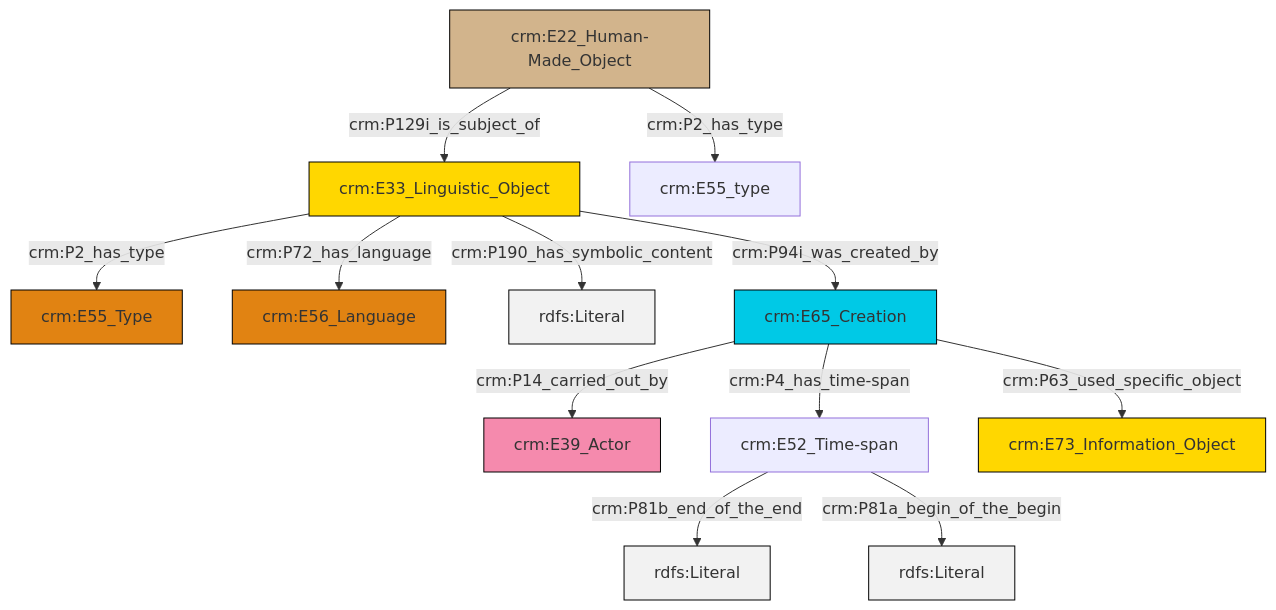
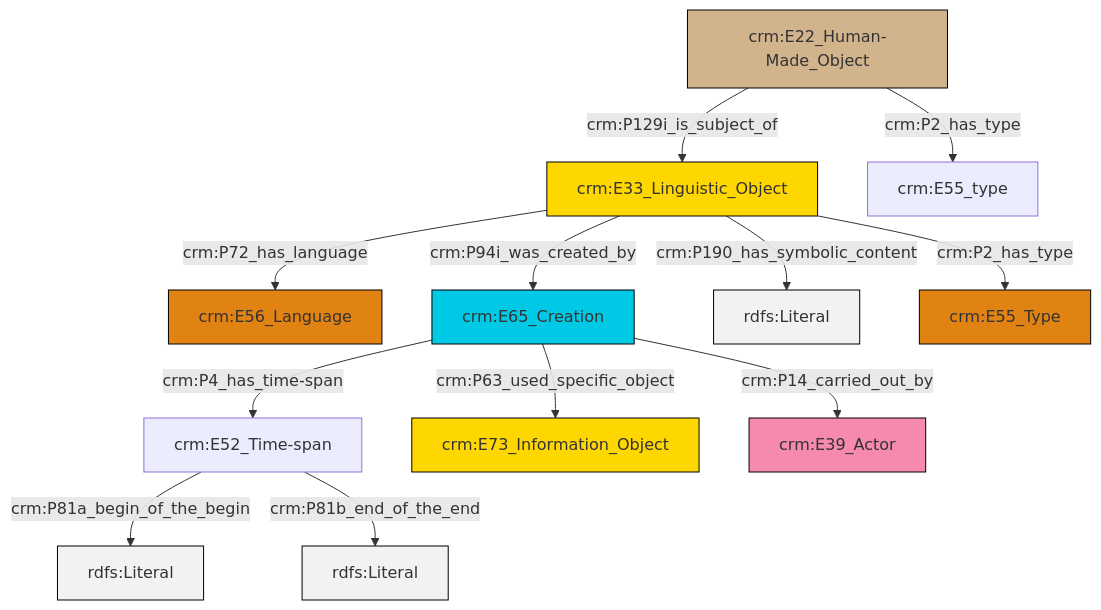
One commit to swiss-art-research-net/docs.swissartresearch changed the diagram in et/builtWorkCSV/ttl/mmd/Built_Work_description.ttl.mmd. Above: the diagram before and after it, drawn with Mermaid. The commit also changed 177 other files, not shown here.

```diff
--- a/et/builtWorkCSV/ttl/mmd/Built_Work_description.ttl.mmd
+++ b/et/builtWorkCSV/ttl/mmd/Built_Work_description.ttl.mmd
@@ -1,26 +1,26 @@
 graph TD
 classDef Literal fill:#f2f2f2,stroke:#000000;
 classDef CRM_Entity fill:#FFFFFF,stroke:#000000;
 classDef Temporal_Entity fill:#00C9E6, stroke:#000000;
 classDef Type fill:#E18312, stroke:#000000;
 classDef Time-Span fill:#2C9C91, stroke:#000000;
 classDef Appellation fill:#FFEB7F, stroke:#000000;
 classDef Place fill:#008836, stroke:#000000;
 classDef Persistent_Item fill:#B266B2, stroke:#000000;
 classDef Conceptual_Object fill:#FFD700, stroke:#000000;
 classDef Physical_Thing fill:#D2B48C, stroke:#000000;
 classDef Actor fill:#f58aad, stroke:#000000;
 classDef PC_Classes fill:#4ce600, stroke:#000000;
 classDef Multi fill:#cccccc,stroke:#000000;
 
-0["crm:E33_Linguistic_Object"]:::Conceptual_Object -->|crm:P2_has_type| 1["crm:E55_Type"]:::Type
-7["crm:E22_Human-Made_Object"]:::Physical_Thing -->|crm:P129i_is_subject_of| 0["crm:E33_Linguistic_Object"]:::Conceptual_Object
-8["crm:E52_Time-span"]:::Default -->|crm:P81b_end_of_the_end| 9[rdfs:Literal]:::Literal
-8["crm:E52_Time-span"]:::Default -->|crm:P81a_begin_of_the_begin| 11[rdfs:Literal]:::Literal
-0["crm:E33_Linguistic_Object"]:::Conceptual_Object -->|crm:P190_has_symbolic_content| 12[rdfs:Literal]:::Literal
-13["crm:E65_Creation"]:::Temporal_Entity -->|crm:P63_used_specific_object| 14["crm:E73_Information_Object"]:::Conceptual_Object
-13["crm:E65_Creation"]:::Temporal_Entity -->|crm:P14_carried_out_by| 2["crm:E39_Actor"]:::Actor
-7["crm:E22_Human-Made_Object"]:::Physical_Thing -->|crm:P2_has_type| 15["crm:E55_type"]:::Default
-0["crm:E33_Linguistic_Object"]:::Conceptual_Object -->|crm:P94i_was_created_by| 13["crm:E65_Creation"]:::Temporal_Entity
-13["crm:E65_Creation"]:::Temporal_Entity -->|crm:P4_has_time-span| 8["crm:E52_Time-span"]:::Default
-0["crm:E33_Linguistic_Object"]:::Conceptual_Object -->|crm:P72_has_language| 5["crm:E56_Language"]:::Type
+0["crm:E52_Time-span"]:::Default -->|crm:P81a_begin_of_the_begin| 1[rdfs:Literal]:::Literal
+2["crm:E22_Human-Made_Object"]:::Physical_Thing -->|crm:P129i_is_subject_of| 3["crm:E33_Linguistic_Object"]:::Conceptual_Object
+8["crm:E65_Creation"]:::Temporal_Entity -->|crm:P4_has_time-span| 0["crm:E52_Time-span"]:::Default
+3["crm:E33_Linguistic_Object"]:::Conceptual_Object -->|crm:P72_has_language| 4["crm:E56_Language"]:::Type
+2["crm:E22_Human-Made_Object"]:::Physical_Thing -->|crm:P2_has_type| 6["crm:E55_type"]:::Default
+0["crm:E52_Time-span"]:::Default -->|crm:P81b_end_of_the_end| 11[rdfs:Literal]:::Literal
+3["crm:E33_Linguistic_Object"]:::Conceptual_Object -->|crm:P94i_was_created_by| 8["crm:E65_Creation"]:::Temporal_Entity
+8["crm:E65_Creation"]:::Temporal_Entity -->|crm:P63_used_specific_object| 9["crm:E73_Information_Object"]:::Conceptual_Object
+8["crm:E65_Creation"]:::Temporal_Entity -->|crm:P14_carried_out_by| 12["crm:E39_Actor"]:::Actor
+3["crm:E33_Linguistic_Object"]:::Conceptual_Object -->|crm:P190_has_symbolic_content| 16[rdfs:Literal]:::Literal
+3["crm:E33_Linguistic_Object"]:::Conceptual_Object -->|crm:P2_has_type| 19["crm:E55_Type"]:::Type
```
